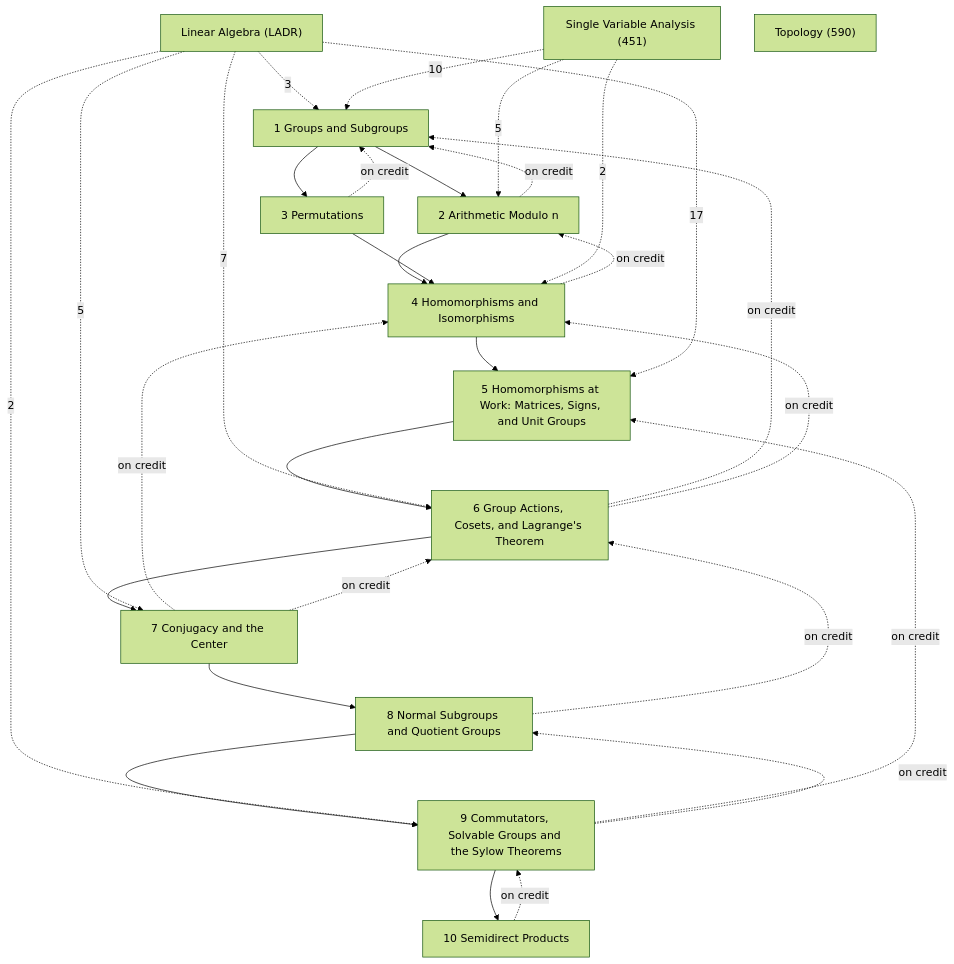
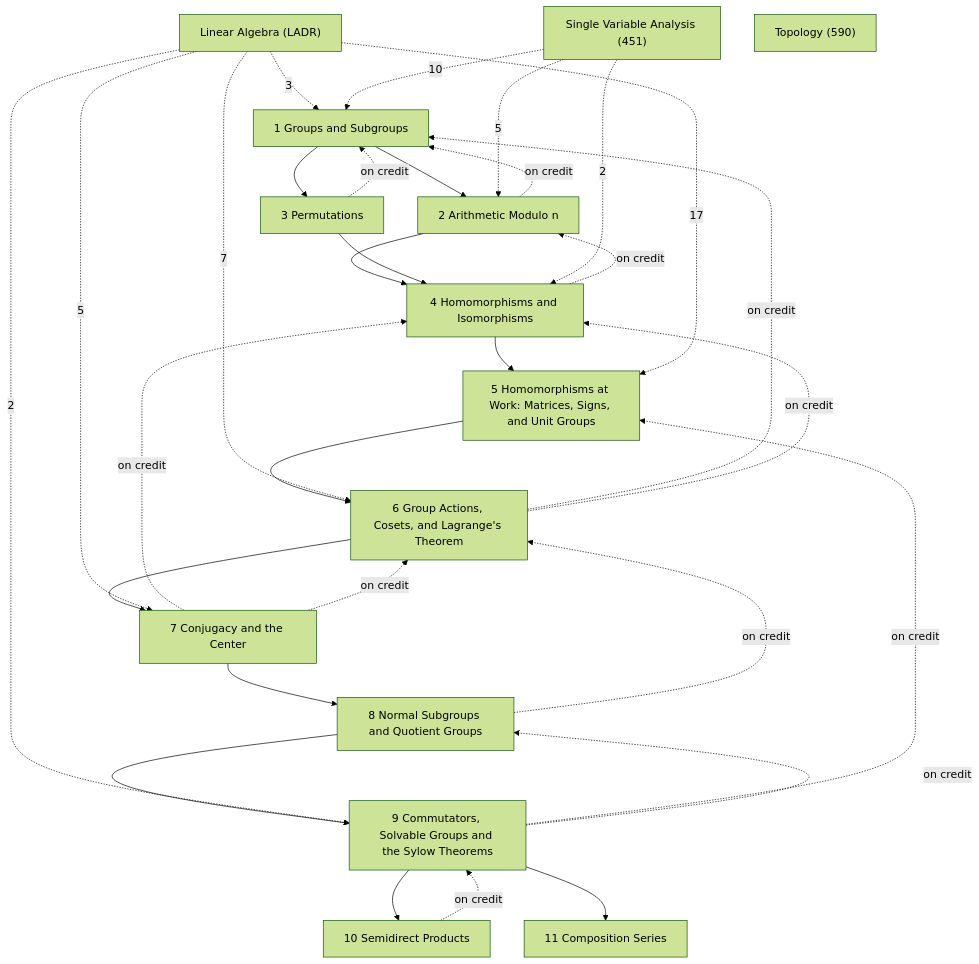
Before and after one commit to Onion20040508/notes: the diagram in Math/Group Theory/Group Theory.md, drawn with Mermaid (forest theme). The commit also changed other lines of this file and 25 other files, not shown here.

````diff
--- a/Math/Group Theory/Group Theory.md
+++ b/Math/Group Theory/Group Theory.md
@@ -27,45 +27,47 @@
 ```mermaid
 graph TD
   C1["1 Groups and Subgroups"]
   C2["2 Arithmetic Modulo n"]
   C3["3 Permutations"]
   C4["4 Homomorphisms and Isomorphisms"]
   C5["5 Homomorphisms at Work: Matrices, Signs, and Unit Groups"]
   C6["6 Group Actions, Cosets, and Lagrange's Theorem"]
   C7["7 Conjugacy and the Center"]
   C8["8 Normal Subgroups and Quotient Groups"]
   C9["9 Commutators, Solvable Groups and the Sylow Theorems"]
   C10["10 Semidirect Products"]
+  C11["11 Composition Series"]
   X1["Linear Algebra (LADR)"]
   X2["Single Variable Analysis (451)"]
   X3["Topology (590)"]
   C1 --> C2
   C1 --> C3
   C2 --> C4
   C3 --> C4
   C4 --> C5
   C5 --> C6
   C6 --> C7
   C7 --> C8
   C8 --> C9
   C9 --> C10
+  C9 --> C11
   C2 -.->|on credit| C1
   C3 -.->|on credit| C1
   C4 -.->|on credit| C2
   C6 -.->|on credit| C1
   C6 -.->|on credit| C4
   C7 -.->|on credit| C4
   C7 -.->|on credit| C6
   C8 -.->|on credit| C6
   C9 -.->|on credit| C5
   C9 -.->|on credit| C8
   C10 -.->|on credit| C9
   X1 -.->|3| C1
   X1 -.->|17| C5
   X1 -.->|7| C6
   X1 -.->|5| C7
   X1 -.->|2| C9
   X2 -.->|10| C1
   X2 -.->|5| C2
   X2 -.->|2| C4
 ```
````
